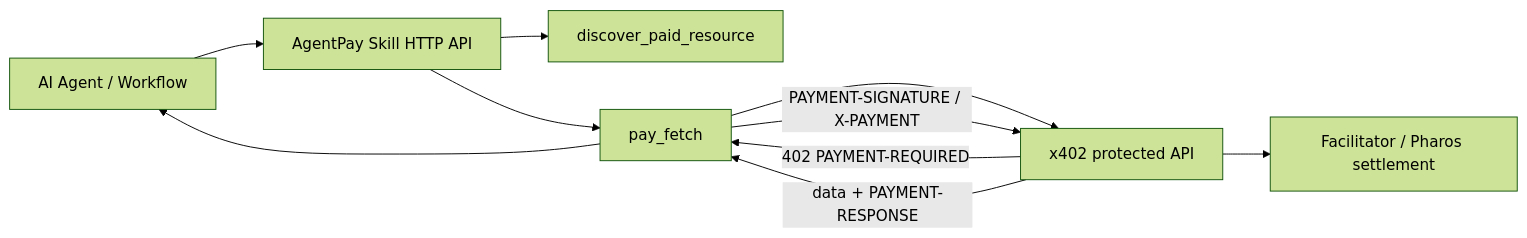
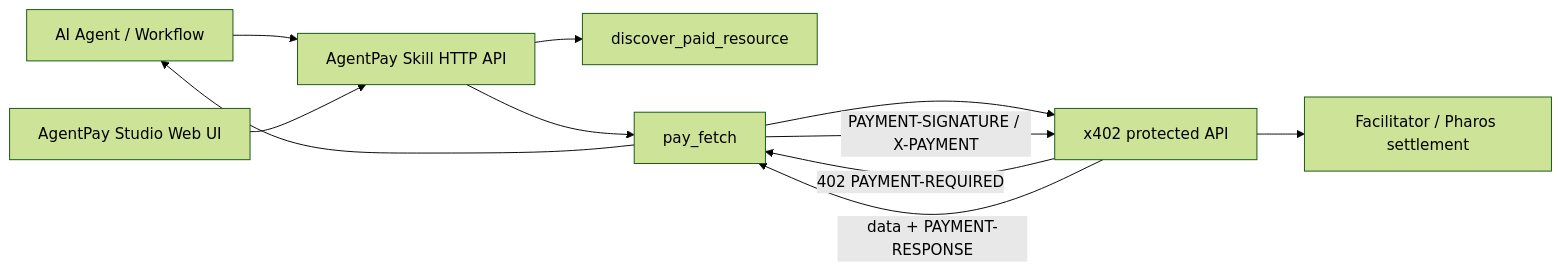
Before and after one commit to BunnyTeddy/pharos-agentpay-x402-skill-suite: the diagram in README.md, drawn with Mermaid (forest theme). The commit also changed other lines of this file and 27 other files, not shown here.

Commit message:
Add AgentPay Studio and presentation assets

````diff
--- a/README.md
+++ b/README.md
@@ -14,12 +15,13 @@
 ```mermaid
 flowchart LR
   A["AI Agent / Workflow"] --> B["AgentPay Skill HTTP API"]
+  S["AgentPay Studio Web UI"] --> B
   B --> C["discover_paid_resource"]
   B --> D["pay_fetch"]
   D --> E["x402 protected API"]
   E -- "402 PAYMENT-REQUIRED" --> D
   D -- "PAYMENT-SIGNATURE / X-PAYMENT" --> E
   E -- "data + PAYMENT-RESPONSE" --> D
   D --> A
   E --> F["Facilitator / Pharos settlement"]
 ```
````
